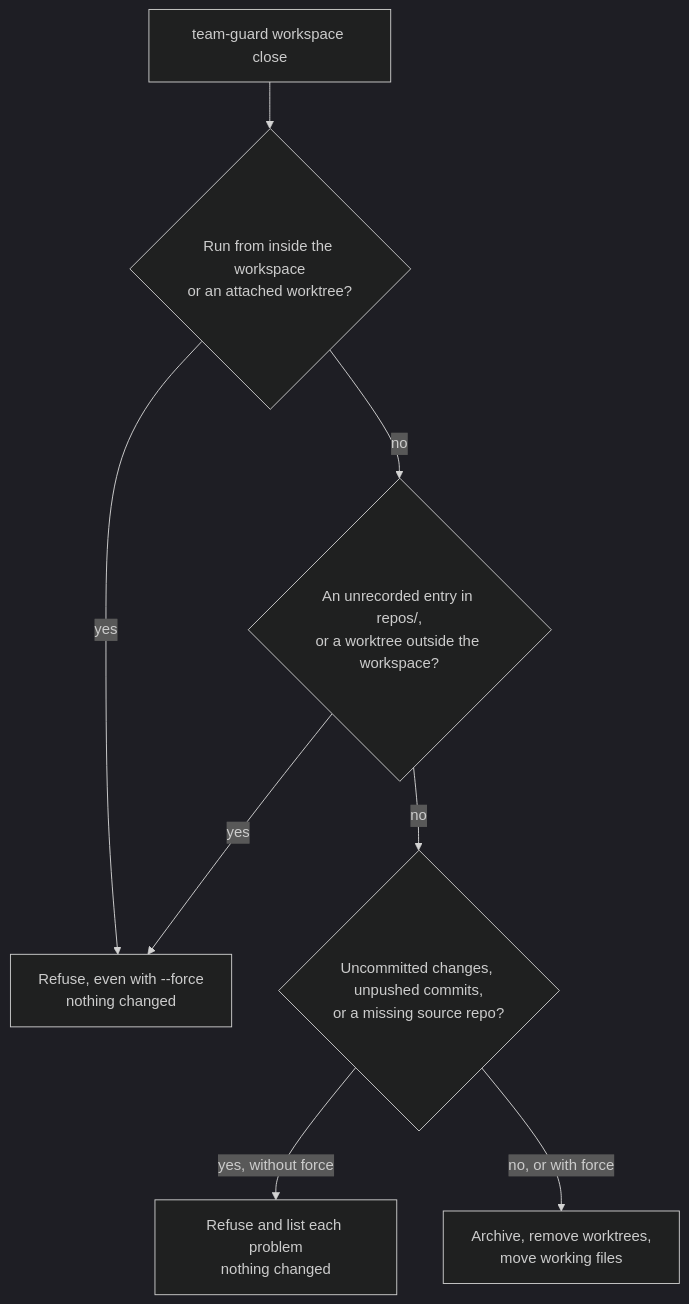
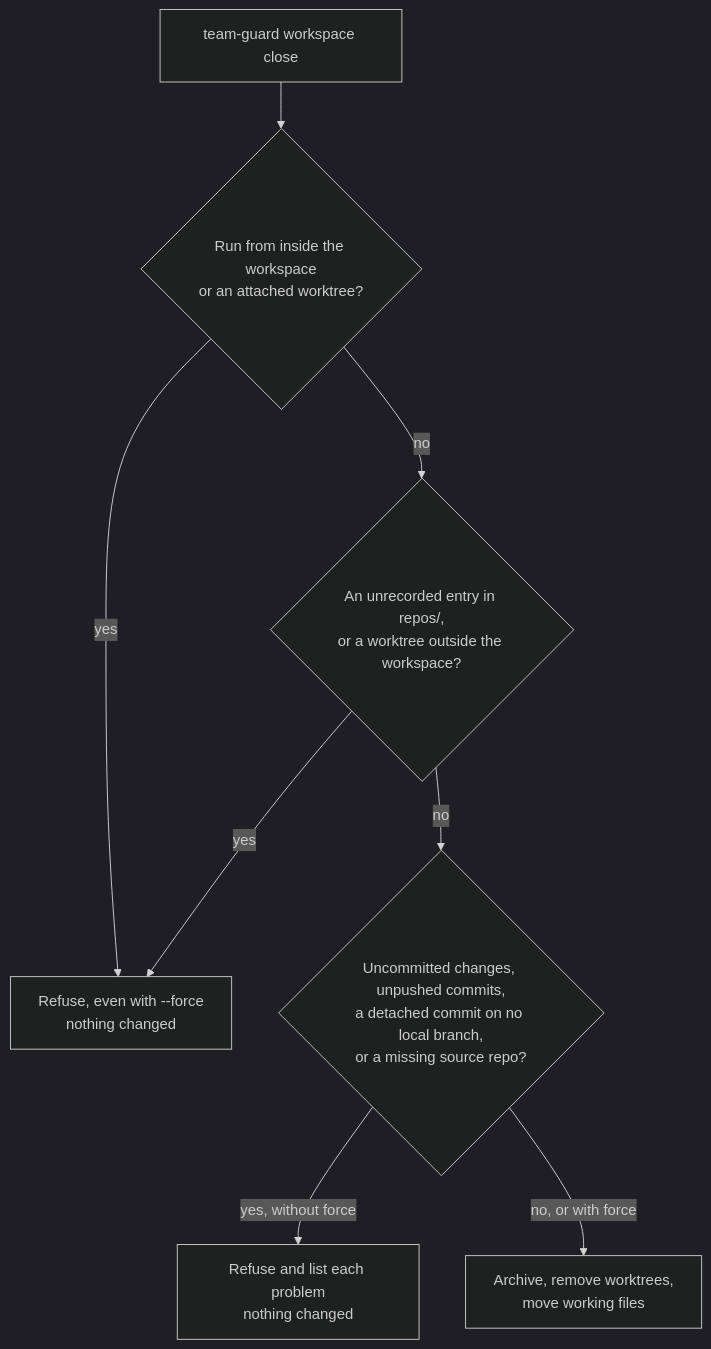
Before and after one commit to inf0rmer/agentic-workflow: the diagram in docs/workspaces.md, drawn with Mermaid (dark theme). The commit also changed other lines of this file and 4 other files, not shown here.

First line of the commit message:
Refuse to close a workspace that would orphan a detached commit (#17)

````diff
--- a/docs/workspaces.md
+++ b/docs/workspaces.md
@@ -114,10 +114,10 @@
 ```mermaid
 flowchart TD
     S["team-guard workspace close"] --> A{"Run from inside the workspace<br/>or an attached worktree?"}
     A -->|"yes"| R1["Refuse, even with --force<br/>nothing changed"]
     A -->|"no"| B{"An unrecorded entry in repos/,<br/>or a worktree outside the workspace?"}
     B -->|"yes"| R1
-    B -->|"no"| C{"Uncommitted changes, unpushed commits,<br/>or a missing source repo?"}
+    B -->|"no"| C{"Uncommitted changes, unpushed commits,<br/>a detached commit on no local branch,<br/>or a missing source repo?"}
     C -->|"yes, without force"| R2["Refuse and list each problem<br/>nothing changed"]
     C -->|"no, or with force"| D["Archive, remove worktrees,<br/>move working files"]
 ```
````
